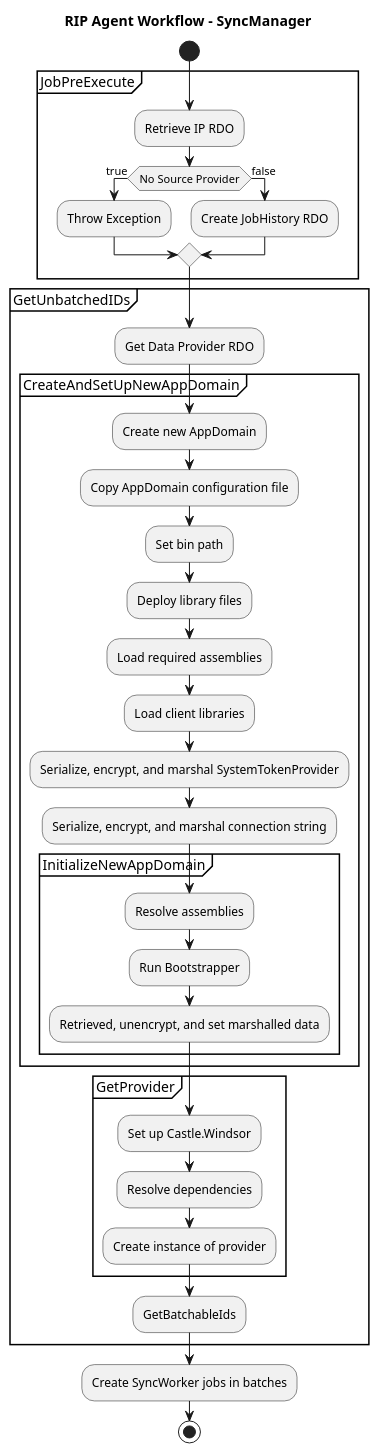
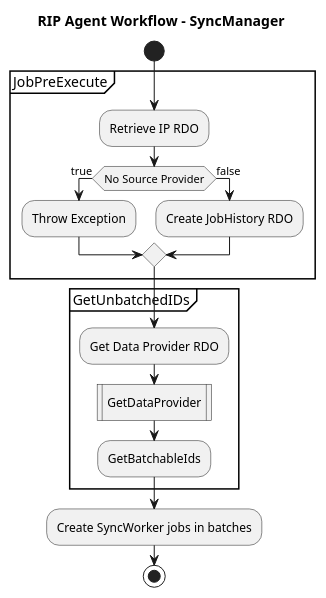
One commit to relativityone/server-integrationpoints-integrationpoints changed the diagram in documentation/SyncManager.pu. Above: the diagram before and after it, drawn with PlantUML. The commit also changed 4 other files, not shown here.

First line of the commit message:
MOHR DIAGRAMS!!!

```diff
--- a/documentation/SyncManager.pu
+++ b/documentation/SyncManager.pu
@@ -1,46 +1,27 @@
 @startuml
 
 title RIP Agent Workflow - SyncManager
 
 
 start
 
 partition JobPreExecute {
     :Retrieve IP RDO;
     if (No Source Provider) then (true)
         :Throw Exception;
     else (false)
         :Create JobHistory RDO;
     endif
 }
 
 partition GetUnbatchedIDs {
     :Get Data Provider RDO;
-    partition CreateAndSetUpNewAppDomain {
-        :Create new AppDomain;
-        :Copy AppDomain configuration file;
-        :Set bin path;
-        :Deploy library files;
-        :Load required assemblies;
-        :Load client libraries;
-        :Serialize, encrypt, and marshal SystemTokenProvider;
-        :Serialize, encrypt, and marshal connection string;
-        partition InitializeNewAppDomain {
-            :Resolve assemblies;
-            :Run Bootstrapper;
-            :Retrieved, unencrypt, and set marshalled data;
-        }
-    }
-    partition GetProvider {
-        :Set up Castle.Windsor;
-        :Resolve dependencies;
-        :Create instance of provider;
-    }
+    :GetDataProvider|
     :GetBatchableIds;
 }
 
 :Create SyncWorker jobs in batches;
 
 stop
 
 @enduml
```
